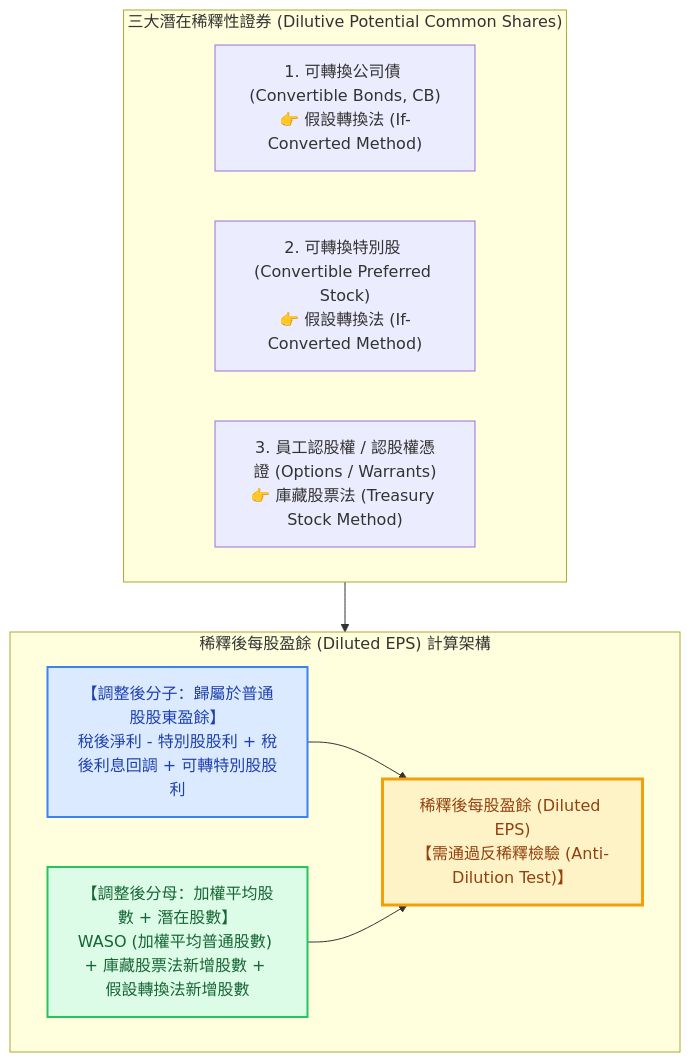
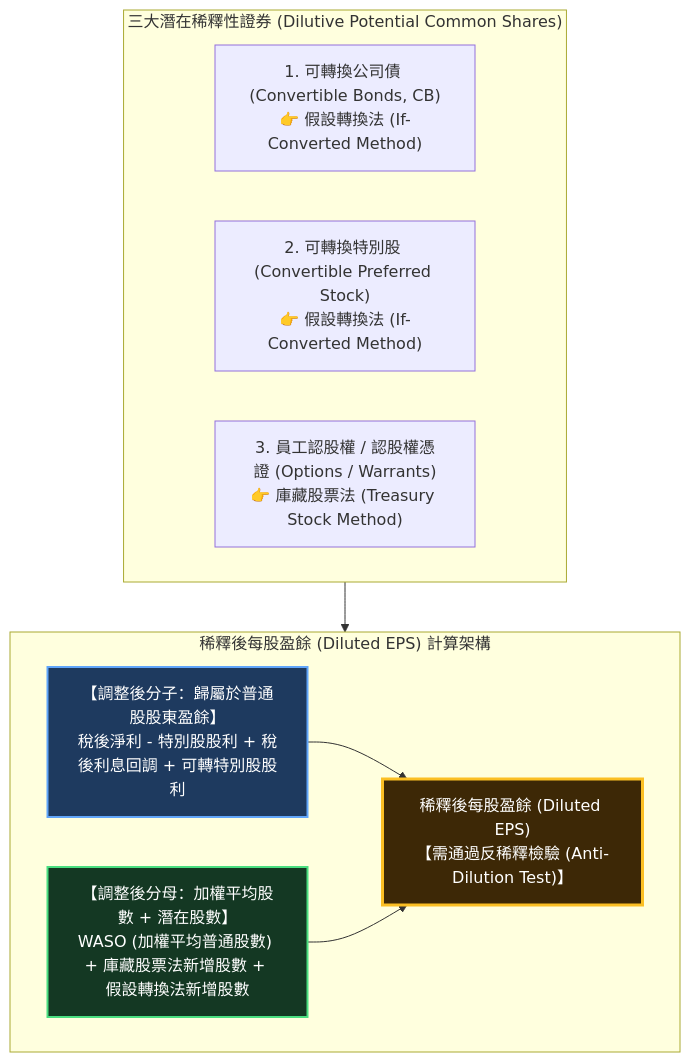
The diagram in src/site/notes/98_商業概念庫/diluted-eps_稀釋後每股盈餘.md (Jimlin0428/my-digital-garden), drawn with Mermaid before and after one commit. The commit also changed 58 other files, not shown here.

````diff
--- a/src/site/notes/98_商業概念庫/diluted-eps_稀釋後每股盈餘.md
+++ b/src/site/notes/98_商業概念庫/diluted-eps_稀釋後每股盈餘.md
@@ -25,23 +25,23 @@
 ```mermaid
 flowchart TD
     subgraph Diluted_EPS_Framework ["稀釋後每股盈餘 (Diluted EPS) 計算架構"]
         Numerator["【調整後分子：歸屬於普通股股東盈餘】<br>稅後淨利 - 特別股股利 + 稅後利息回調 + 可轉特別股股利"]
         Denominator["【調整後分母：加權平均股數 + 潛在股數】<br>WASO (加權平均普通股數) + 庫藏股票法新增股數 + 假設轉換法新增股數"]
         DEPS["稀釋後每股盈餘 (Diluted EPS)<br>【需通過反稀釋檢驗 (Anti-Dilution Test)】"]
         
         Numerator --> DEPS
         Denominator --> DEPS
     end
 
     subgraph Securities ["三大潛在稀釋性證券 (Dilutive Potential Common Shares)"]
         CB["1. 可轉換公司債 (Convertible Bonds, CB)<br>👉 假設轉換法 (If-Converted Method)"]
         CPS["2. 可轉換特別股 (Convertible Preferred Stock)<br>👉 假設轉換法 (If-Converted Method)"]
         ESOP["3. 員工認股權 / 認股權憑證 (Options / Warrants)<br>👉 庫藏股票法 (Treasury Stock Method)"]
     end
 
     Securities --> Diluted_EPS_Framework
 
-    style DEPS fill:#fef3c7,stroke:#f59e0b,stroke-width:3px,color:#92400e
-    style Numerator fill:#dbeafe,stroke:#3b82f6,stroke-width:2px,color:#1e40af
-    style Denominator fill:#dcfce7,stroke:#22c55e,stroke-width:2px,color:#166534
+    style DEPS fill:#3d2806,stroke:#fbbf24,stroke-width:3px,color:#ffffff
+    style Numerator fill:#1e3a5f,stroke:#60a5fa,stroke-width:2px,color:#ffffff
+    style Denominator fill:#143823,stroke:#4ade80,stroke-width:2px,color:#ffffff
 ```
````
